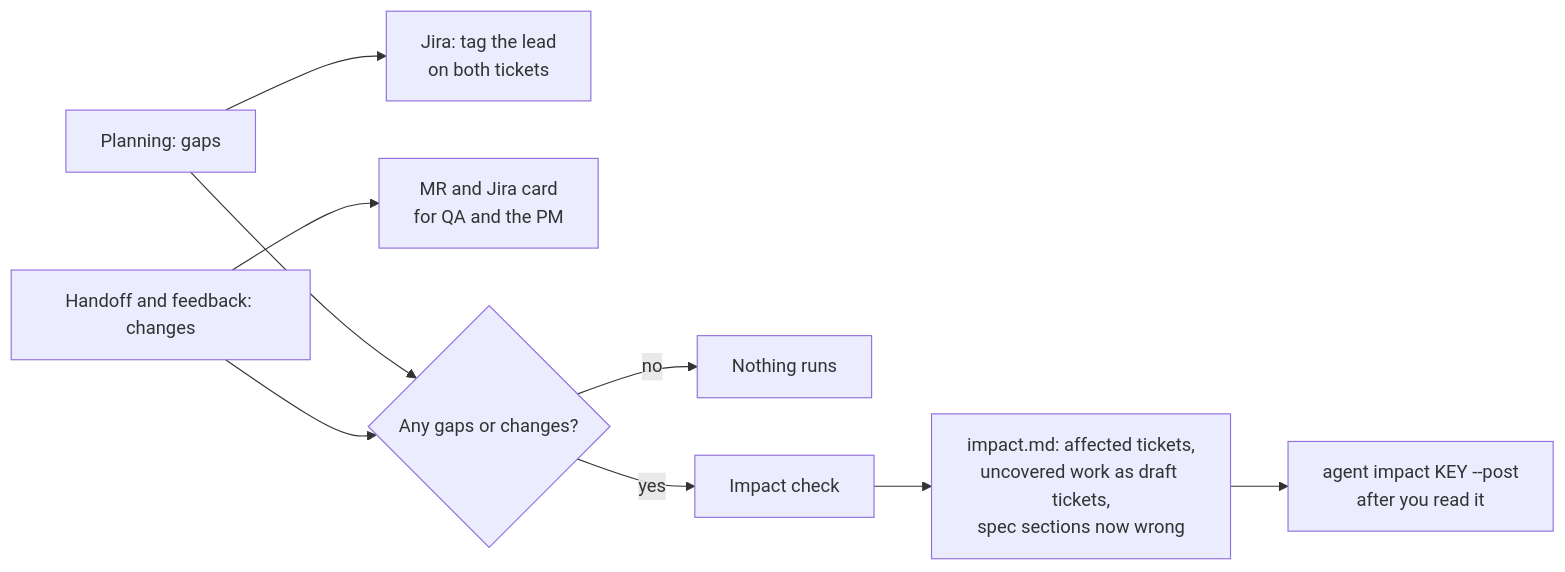
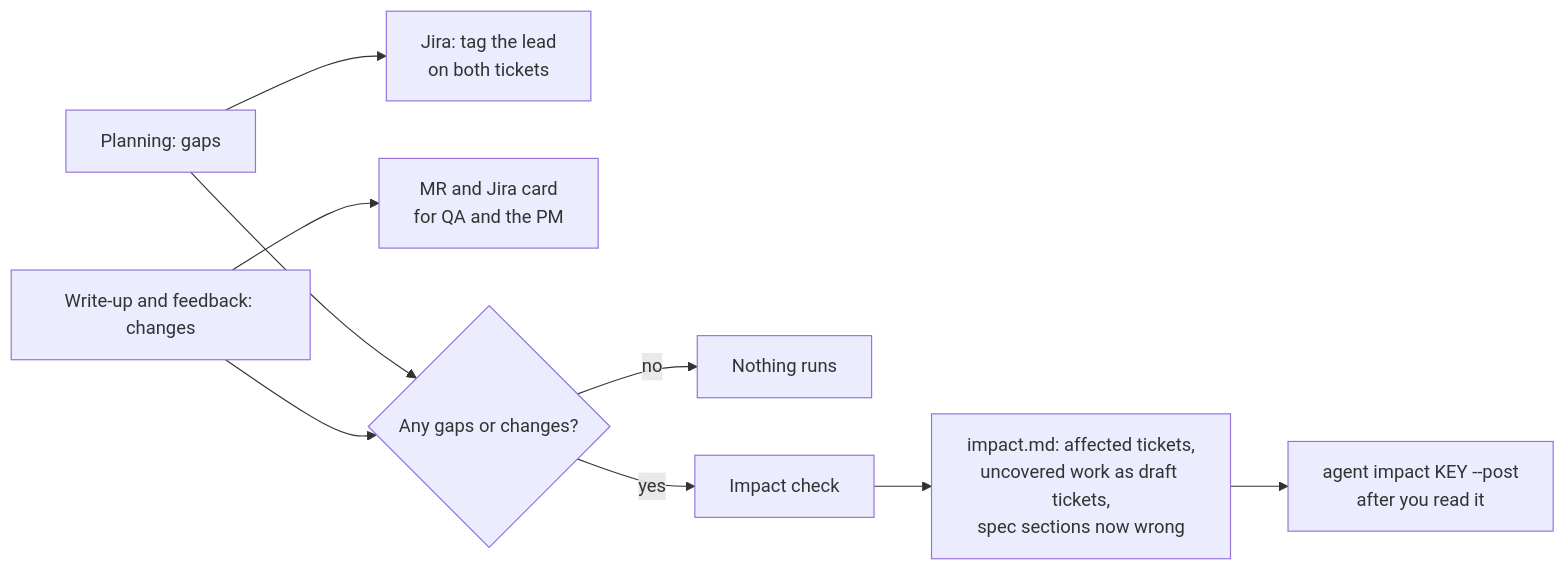
Before and after one commit to pratapshuru/closio-agent: the seventh of 10 diagrams in docs/how-it-works.md, drawn with Mermaid. The commit also changed other lines of this file and 19 other files, not shown here.

Commit message:
Shorter MRs, handoff note on Jira, terminal first questions and --simulate

````diff
--- a/docs/how-it-works.md
+++ b/docs/how-it-works.md
@@ -462,11 +459,11 @@
 ```mermaid
 flowchart LR
   G[Planning: gaps] --> J1[Jira: tag the lead<br/>on both tickets]
-  H[Handoff and feedback: changes] --> J2[MR and Jira card<br/>for QA and the PM]
+  H[Write-up and feedback: changes] --> J2[MR and Jira card<br/>for QA and the PM]
   G --> A{Any gaps or changes?}
   H --> A
   A -- no --> Z[Nothing runs]
   A -- yes --> I[Impact check]
   I --> R[impact.md: affected tickets,<br/>uncovered work as draft tickets,<br/>spec sections now wrong]
   R --> P[agent impact KEY --post<br/>after you read it]
 ```
````
